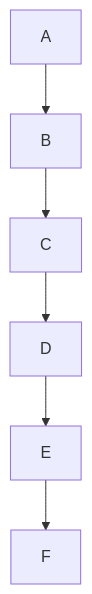
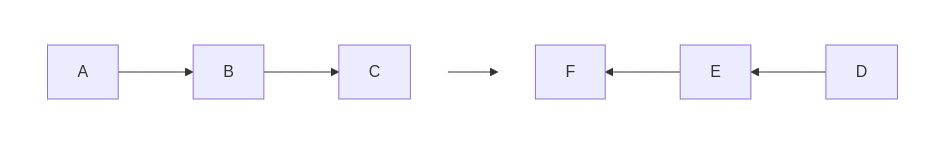
The third of 3 diagrams in Notebook/t-grid.md (Asy508/Construction), drawn with Mermaid before and after one commit.

````diff
--- a/Notebook/t-grid.md
+++ b/Notebook/t-grid.md
@@ -64,13 +64,21 @@
 ```mermaid
-flowchart TD
-    %% Row 1 (Left to Right)
-    A[A] --> B[B]
-    B --> C[C]
+flowchart LR
+    subgraph Row1 [ ]
+        direction LR
+        A[A] --> B[B]
+        B --> C[C]
+    end
 
-    %% Connection down to Row 2
-    C --> D[D]
+    subgraph Row2 [ ]
+        direction RL
+        D[D] --> E[E]
+        E --> F[F]
+    end
 
-    %% Row 2 (Right to Left)
-    D --> E[E]
-    E --> F[F]
+    C --> D
+    
+    %% Style to hide the subgraph boxes
+    style Row1 fill:none,stroke:none
+    style Row2 fill:none,stroke:none
+
 ```
````
